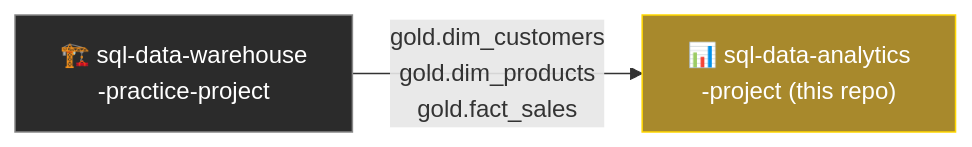
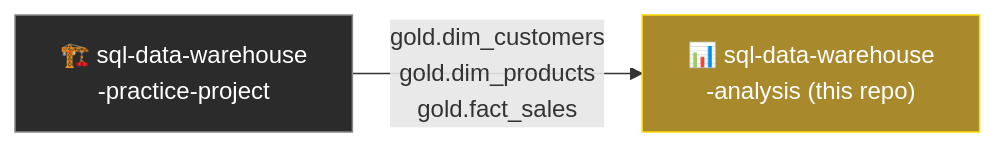
The diagram in README.md (DrVillain/sql-data-warehouse-analysis), drawn with Mermaid before and after one commit.

````diff
--- a/README.md
+++ b/README.md
@@ -23,7 +23,7 @@
 ```mermaid
 flowchart LR
-    A["🏗️ sql-data-warehouse<br/>-practice-project"] -->|"gold.dim_customers<br/>gold.dim_products<br/>gold.fact_sales"| B["📊 sql-data-analytics<br/>-project (this repo)"]
+    A["🏗️ sql-data-warehouse<br/>-practice-project"] -->|"gold.dim_customers<br/>gold.dim_products<br/>gold.fact_sales"| B["📊 sql-data-warehouse<br/>-analysis (this repo)"]
 
     style A fill:#2b2b2b,stroke:#888,color:#fff
     style B fill:#a8892c,stroke:#ffd700,color:#fff
 ```
````
